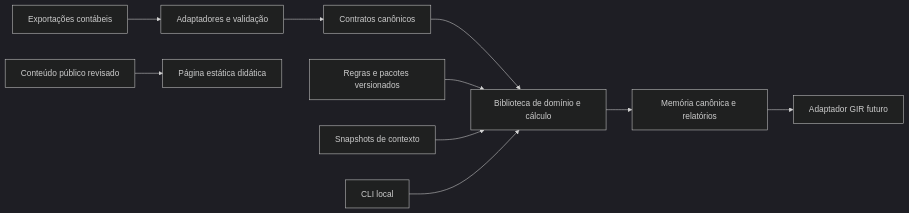
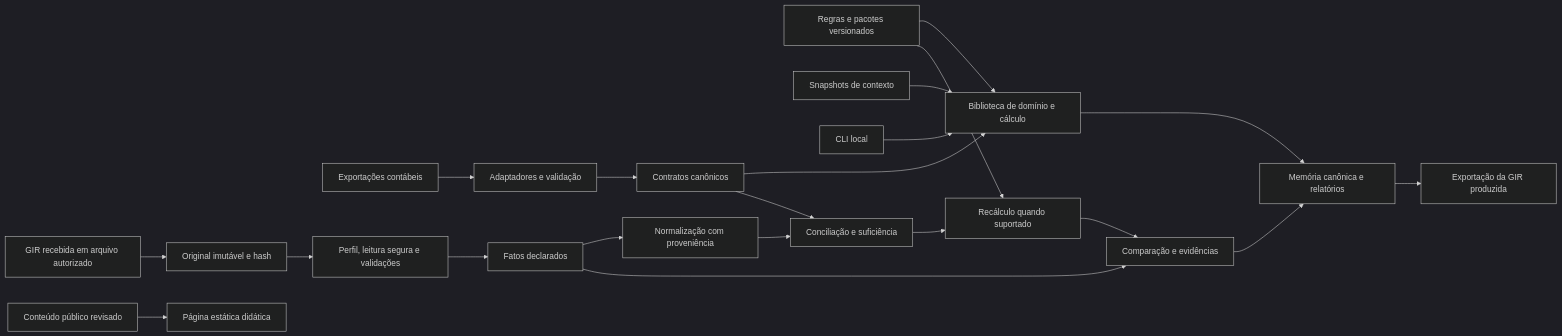
The diagram in docs/P07-arquitetura.md (amarallr/oecd_p2), drawn with Mermaid (dark theme) before and after one commit. The commit also changed other lines of this file and 37 other files, not shown here.

````diff
--- a/docs/P07-arquitetura.md
+++ b/docs/P07-arquitetura.md
@@ -11,12 +11,23 @@
 ```mermaid
 flowchart LR
   A[Exportações contábeis] --> B[Adaptadores e validação]
   B --> C[Contratos canônicos]
   C --> D[Biblioteca de domínio e cálculo]
   R[Regras e pacotes versionados] --> D
   S[Snapshots de contexto] --> D
   CLI[CLI local] --> D
   D --> M[Memória canônica e relatórios]
-  M --> G[Adaptador GIR futuro]
+  M --> G[Exportação da GIR produzida]
+  GI[GIR recebida em arquivo autorizado] --> O[Original imutável e hash]
+  O --> V[Perfil, leitura segura e validações]
+  V --> FD[Fatos declarados]
+  FD --> FN[Normalização com proveniência]
+  FN --> X[Conciliação e suficiência]
+  C --> X
+  X --> RC[Recálculo quando suportado]
+  R --> RC
+  FD --> COMP[Comparação e evidências]
+  RC --> COMP
+  COMP --> M
   DOC[Conteúdo público revisado] --> WEB[Página estática didática]
 ```
````
